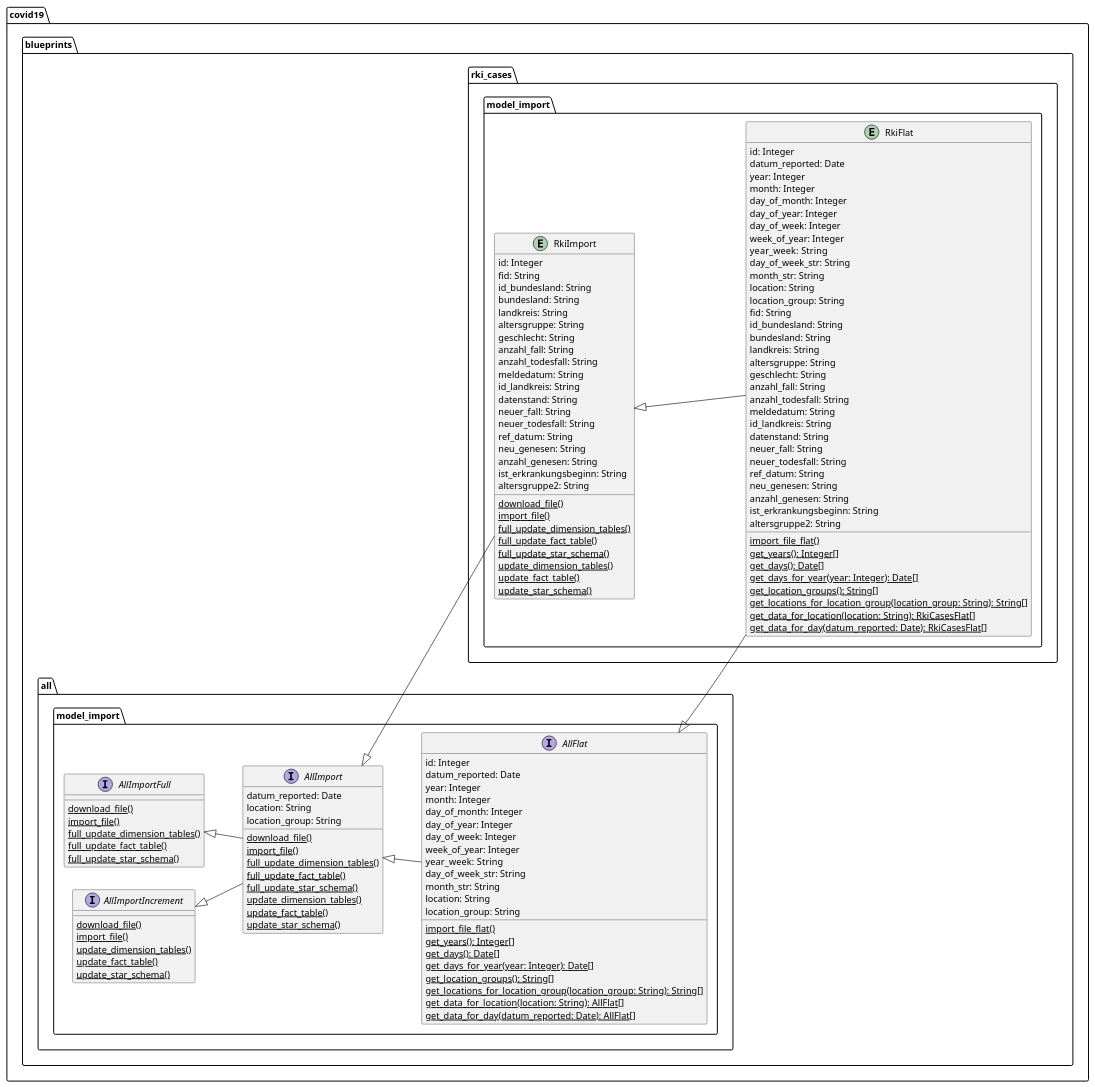
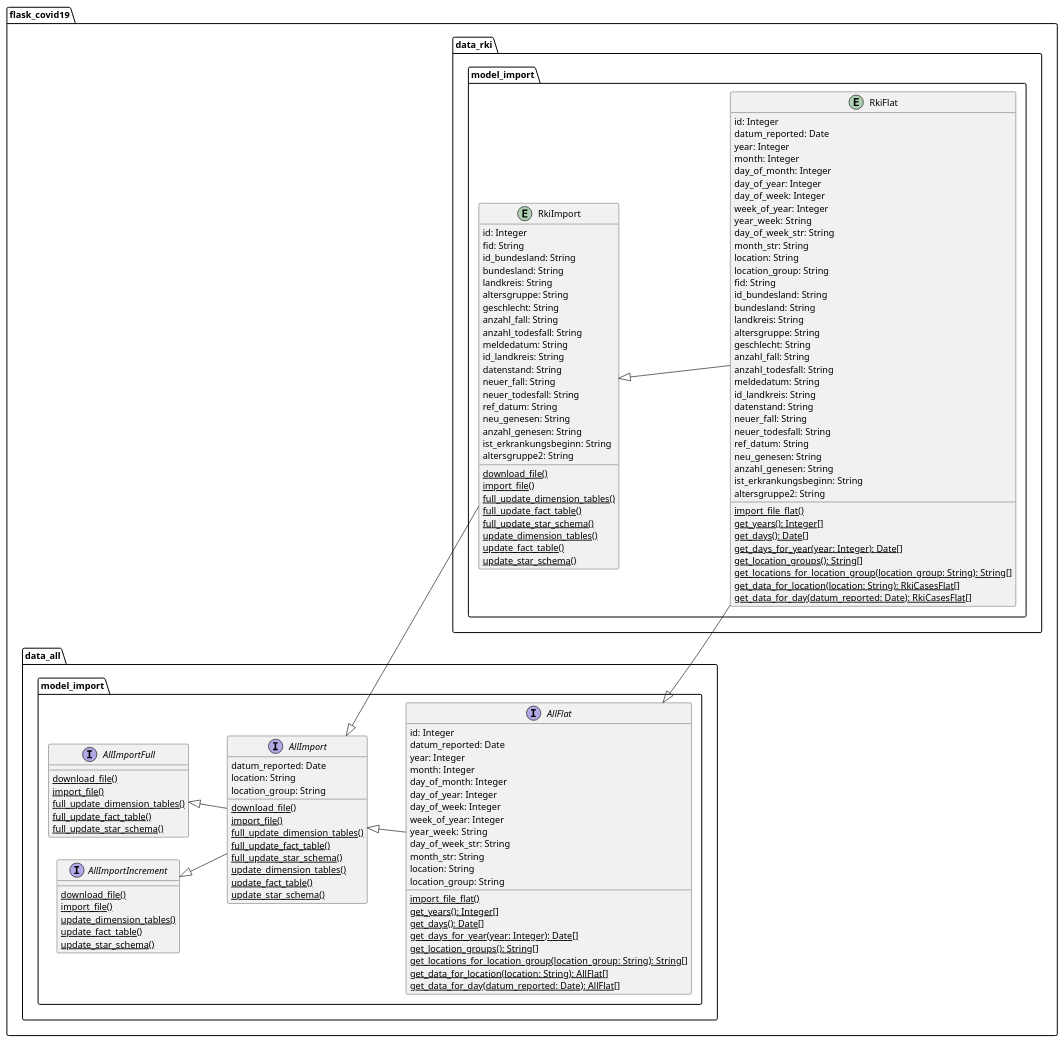
The diagram in docs/blueprints/data_rki/uml/rki_cases_domain_model_import.puml (thomaswoehlke/flask_covid19), drawn with PlantUML before and after one commit. The commit also changed 19 other files, not shown here.

```diff
--- a/docs/blueprints/data_rki/uml/rki_cases_domain_model_import.puml
+++ b/docs/blueprints/data_rki/uml/rki_cases_domain_model_import.puml
@@ -1,145 +1,145 @@
 @startuml
 left to right direction
 
-package covid19.blueprints.all.model_import {
+package flask_covid19.data_all.model_import {
 
 	interface AllImportFull {
 		{classifier} download_file()
 		{classifier} import_file()
 		{classifier} full_update_dimension_tables()
 		{classifier} full_update_fact_table()
 		{classifier} full_update_star_schema()
 	}
 
 	interface AllImportIncrement {
 		{classifier} download_file()
 		{classifier} import_file()
 		{classifier} update_dimension_tables()
 		{classifier} update_fact_table()
 		{classifier} update_star_schema()
 	}
 
 	interface AllImport {
 	    datum_reported: Date
 		location: String
 		location_group: String
 		{classifier} download_file()
 		{classifier} import_file()
 		{classifier} full_update_dimension_tables()
 		{classifier} full_update_fact_table()
 		{classifier} full_update_star_schema()
 		{classifier} update_dimension_tables()
 		{classifier} update_fact_table()
 		{classifier} update_star_schema()
 	}
 
 	interface AllFlat {
 	    id: Integer
 	    datum_reported: Date
 	    year: Integer
 	    month: Integer
 	    day_of_month: Integer
 		day_of_year: Integer
 	    day_of_week: Integer
 	    week_of_year: Integer
 	    year_week:  String
 	    day_of_week_str: String
 		month_str: String
 		location: String
 		location_group: String
 		{classifier} import_file_flat()
 		{classifier} get_years(): Integer[]
 		{classifier} get_days(): Date[]
 		{classifier} get_days_for_year(year: Integer): Date[]
 		{classifier} get_location_groups(): String[]
 		{classifier} get_locations_for_location_group(location_group: String): String[]
 		{classifier} get_data_for_location(location: String): AllFlat[]
 		{classifier} get_data_for_day(datum_reported: Date): AllFlat[]
 	}
 
 }
 
-package covid19.blueprints.rki_cases.model_import {
+package flask_covid19.data_rki.model_import {
 
 	entity RkiImport {
 		id: Integer
 	    fid: String
 	    id_bundesland: String
 	    bundesland: String
 	    landkreis: String
 	    altersgruppe: String
 	    geschlecht: String
 	    anzahl_fall: String
 	    anzahl_todesfall: String
 	    meldedatum: String
 	    id_landkreis: String
 	    datenstand: String
 	    neuer_fall: String
 	    neuer_todesfall: String
 	    ref_datum: String
 	    neu_genesen: String
 	    anzahl_genesen: String
 	    ist_erkrankungsbeginn: String
 	    altersgruppe2: String
 		{classifier} download_file()
 		{classifier} import_file()
 		{classifier} full_update_dimension_tables()
 		{classifier} full_update_fact_table()
 		{classifier} full_update_star_schema()
 		{classifier} update_dimension_tables()
 		{classifier} update_fact_table()
 		{classifier} update_star_schema()
 	}
 
 	entity RkiFlat {
 	    id: Integer
 	    datum_reported: Date
 	    year: Integer
 	    month: Integer
 	    day_of_month: Integer
 		day_of_year: Integer
 	    day_of_week: Integer
 	    week_of_year: Integer
 	    year_week:  String
 	    day_of_week_str: String
 		month_str: String
 		location: String
 		location_group: String
 	    fid: String
 	    id_bundesland: String
 	    bundesland: String
 	    landkreis: String
 	    altersgruppe: String
 	    geschlecht: String
 	    anzahl_fall: String
 	    anzahl_todesfall: String
 	    meldedatum: String
 	    id_landkreis: String
 	    datenstand: String
 	    neuer_fall: String
 	    neuer_todesfall: String
 	    ref_datum: String
 	    neu_genesen: String
 	    anzahl_genesen: String
 	    ist_erkrankungsbeginn: String
 	    altersgruppe2: String
 		{classifier} import_file_flat()
 		{classifier} get_years(): Integer[]
 		{classifier} get_days(): Date[]
 		{classifier} get_days_for_year(year: Integer): Date[]
 		{classifier} get_location_groups(): String[]
 		{classifier} get_locations_for_location_group(location_group: String): String[]
 		{classifier} get_data_for_location(location: String): RkiCasesFlat[]
 		{classifier} get_data_for_day(datum_reported: Date): RkiCasesFlat[]
 	}
 
 }
 
 AllImportFull <|-- AllImport
 AllImportIncrement <|-- AllImport
 AllImport <|-- AllFlat
 AllImport <|-- RkiImport
 AllFlat <|-- RkiFlat
 RkiImport <|-- RkiFlat
 
 @enduml
```
